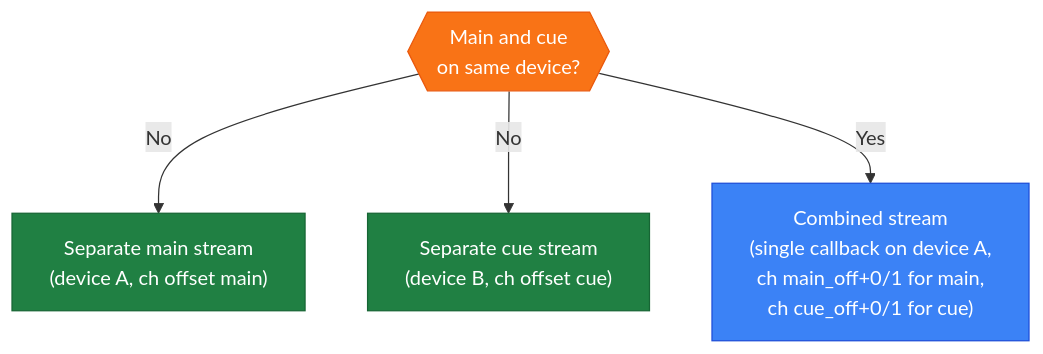
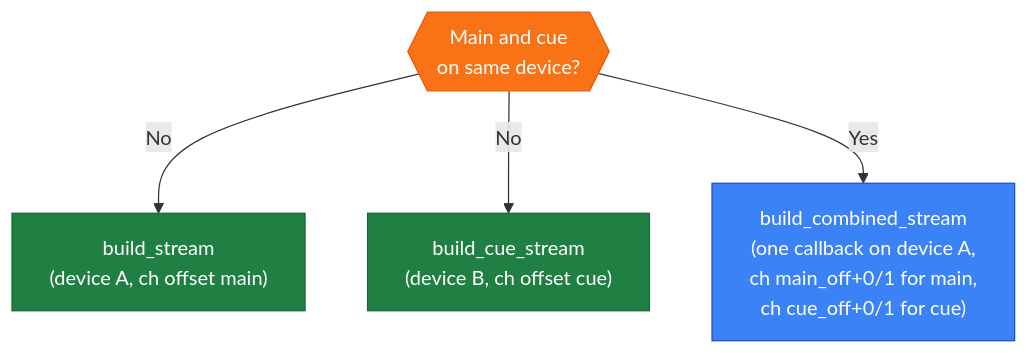
The third of 5 diagrams in architecture.md (berrutti/beatmatcher), drawn with Mermaid before and after one commit. The commit also changed other lines of this file and 115 other files, not shown here.

````diff
--- a/architecture.md
+++ b/architecture.md
@@ -65,12 +82,12 @@
 ```mermaid
 flowchart TD
     classDef decision fill:#f97316,stroke:#ea580c,color:#fff
     classDef combined fill:#3b82f6,stroke:#1d4ed8,color:#fff
     classDef separate fill:#208043,stroke:#166534,color:#fff
 
     Decision{{"Main and cue\non same device?"}}:::decision
 
-    Decision -- "No" --> SepMain["Separate main stream\n(device A, ch offset main)"]:::separate
-    Decision -- "No" --> SepCue["Separate cue stream\n(device B, ch offset cue)"]:::separate
-    Decision -- "Yes" --> Combined["Combined stream\n(single callback on device A,\nch main_off+0/1 for main,\nch cue_off+0/1 for cue)"]:::combined
+    Decision -- "No" --> SepMain["build_stream\n(device A, ch offset main)"]:::separate
+    Decision -- "No" --> SepCue["build_cue_stream\n(device B, ch offset cue)"]:::separate
+    Decision -- "Yes" --> Combined["build_combined_stream\n(one callback on device A,\nch main_off+0/1 for main,\nch cue_off+0/1 for cue)"]:::combined
 ```
````
